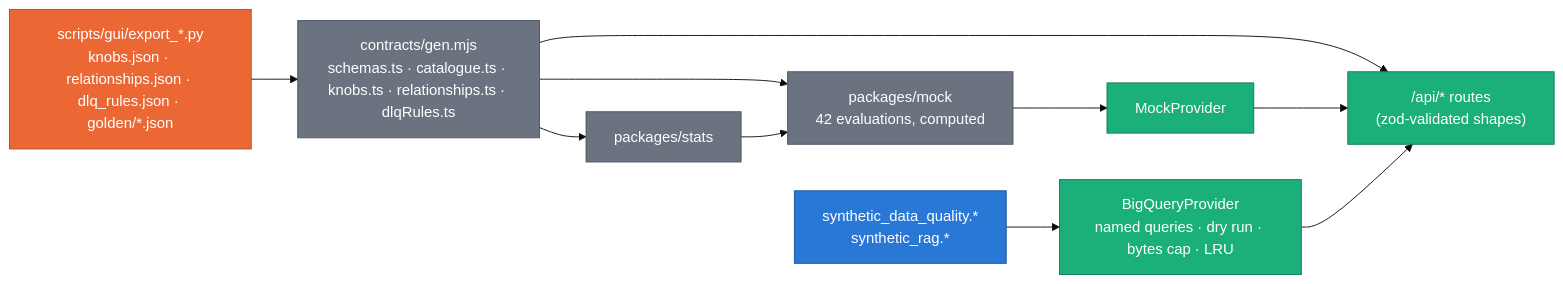
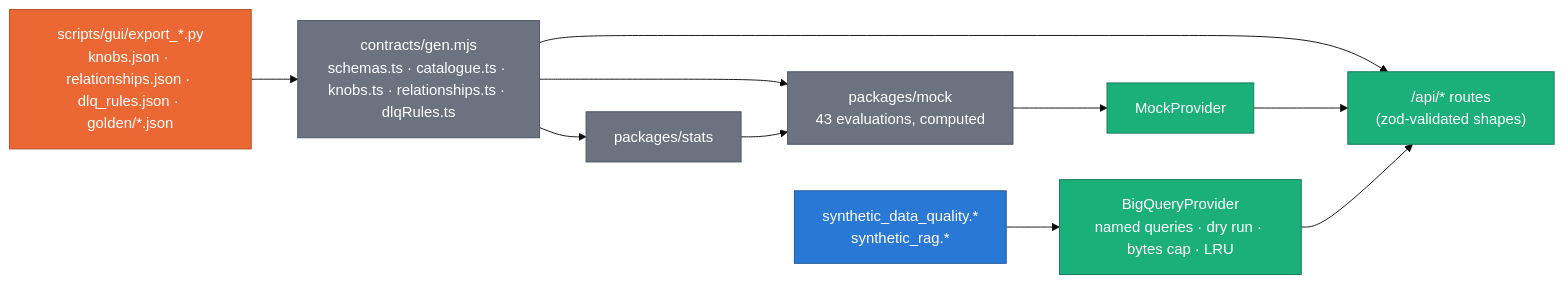
The fourth of 7 diagrams in gui/docs/ARCHITECTURE.md (albertols/synthetic-llm-dataflow-bigquery), drawn with Mermaid (base theme) before and after one commit. The commit also changed other lines of this file and 5 other files, not shown here.

````diff
--- a/gui/docs/ARCHITECTURE.md
+++ b/gui/docs/ARCHITECTURE.md
@@ -421,20 +421,20 @@
 ```mermaid
 flowchart LR
   classDef py   fill:#eb6834,color:#fff,stroke:#b44f26
   classDef pkg  fill:#6b7280,color:#fff,stroke:#4b5563
   classDef bff  fill:#1baf7a,color:#fff,stroke:#127a55
   classDef bq   fill:#2a78d6,color:#fff,stroke:#1d5599
 
   EXP["scripts/gui/export_*.py<br/>knobs.json · relationships.json · dlq_rules.json · golden/*.json"]:::py
   GEN["contracts/gen.mjs<br/>schemas.ts · catalogue.ts · knobs.ts · relationships.ts · dlqRules.ts"]:::pkg
   STATS["packages/stats"]:::pkg
-  MOCK["packages/mock<br/>42 evaluations, computed"]:::pkg
+  MOCK["packages/mock<br/>43 evaluations, computed"]:::pkg
   MP["MockProvider"]:::bff
   BP["BigQueryProvider<br/>named queries · dry run · bytes cap · LRU"]:::bff
   BQ["synthetic_data_quality.*<br/>synthetic_rag.*"]:::bq
   ROUTES["/api/* routes<br/>(zod-validated shapes)"]:::bff
 
   EXP --> GEN --> STATS & MOCK & ROUTES
   STATS --> MOCK --> MP --> ROUTES
   BQ --> BP --> ROUTES
 ```
````
